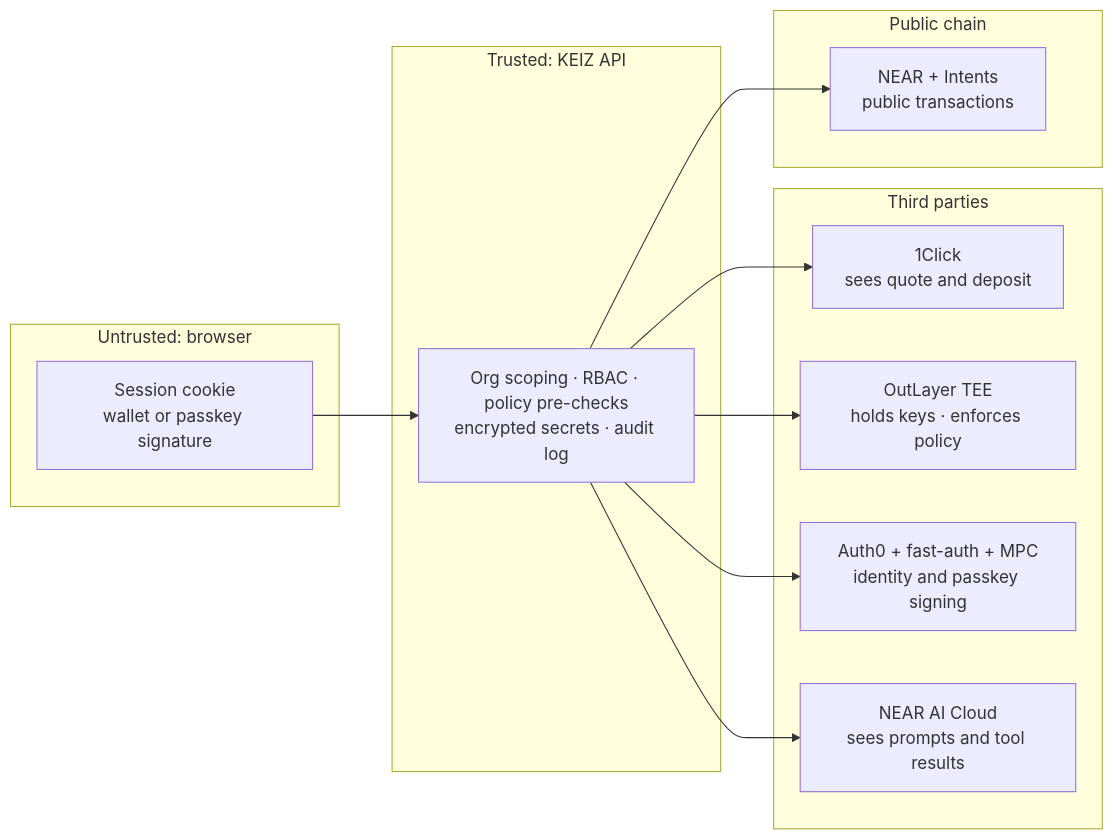
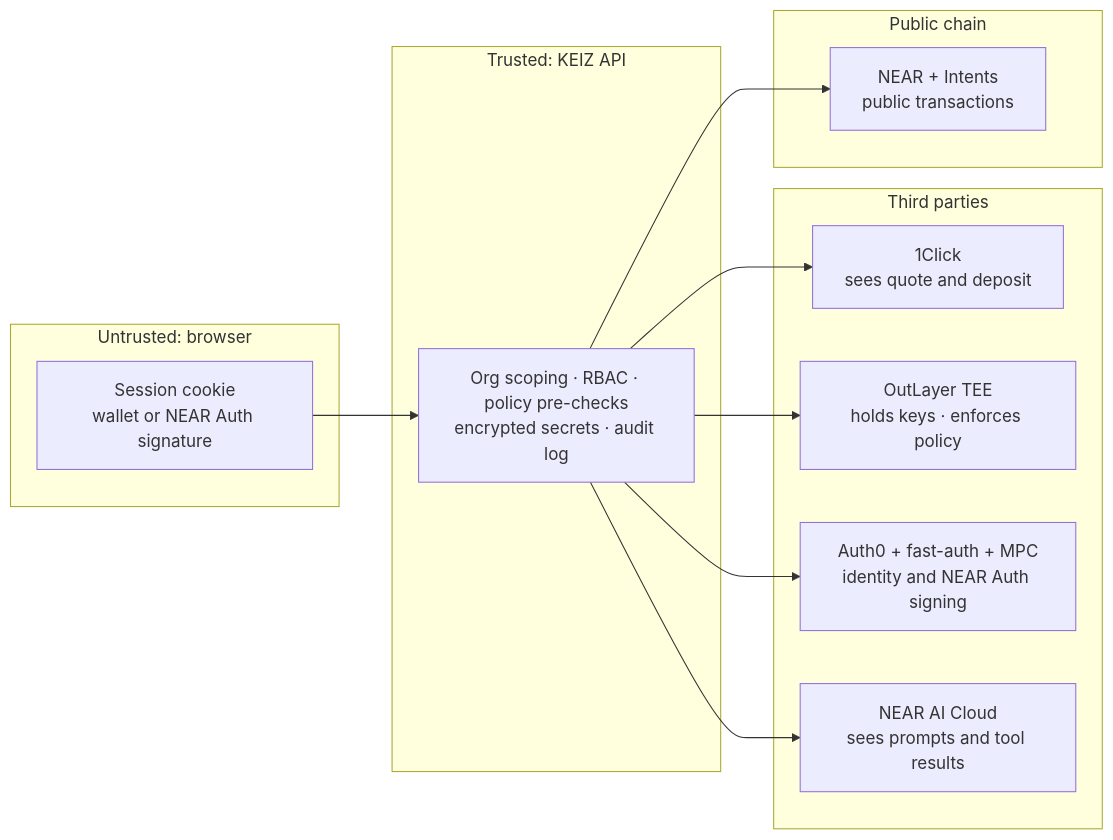
Before and after one commit to cryingraven/keiz-platform: diagram 14 of 15 in docs/architecture.md, drawn with Mermaid. The commit also changed other lines of this file and 85 other files, not shown here.

````diff
--- a/docs/architecture.md
+++ b/docs/architecture.md
@@ -554,28 +565,28 @@
 ```mermaid
 flowchart LR
   subgraph Browser["Untrusted: browser"]
-    B["Session cookie<br/>wallet or passkey signature"]
+    B["Session cookie<br/>wallet or NEAR Auth signature"]
   end
 
   subgraph KEIZ["Trusted: KEIZ API"]
     K["Org scoping · RBAC · policy pre-checks<br/>encrypted secrets · audit log"]
   end
 
   subgraph Partners["Third parties"]
     OC["1Click<br/>sees quote and deposit"]
     OL["OutLayer TEE<br/>holds keys · enforces policy"]
-    AU["Auth0 + fast-auth + MPC<br/>identity and passkey signing"]
+    AU["Auth0 + fast-auth + MPC<br/>identity and NEAR Auth signing"]
     AI["NEAR AI Cloud<br/>sees prompts and tool results"]
   end
 
   subgraph Chain["Public chain"]
     N["NEAR + Intents<br/>public transactions"]
   end
 
   B --> K
   K --> OC
   K --> OL
   K --> AU
   K --> AI
   K --> N
 ```
````
